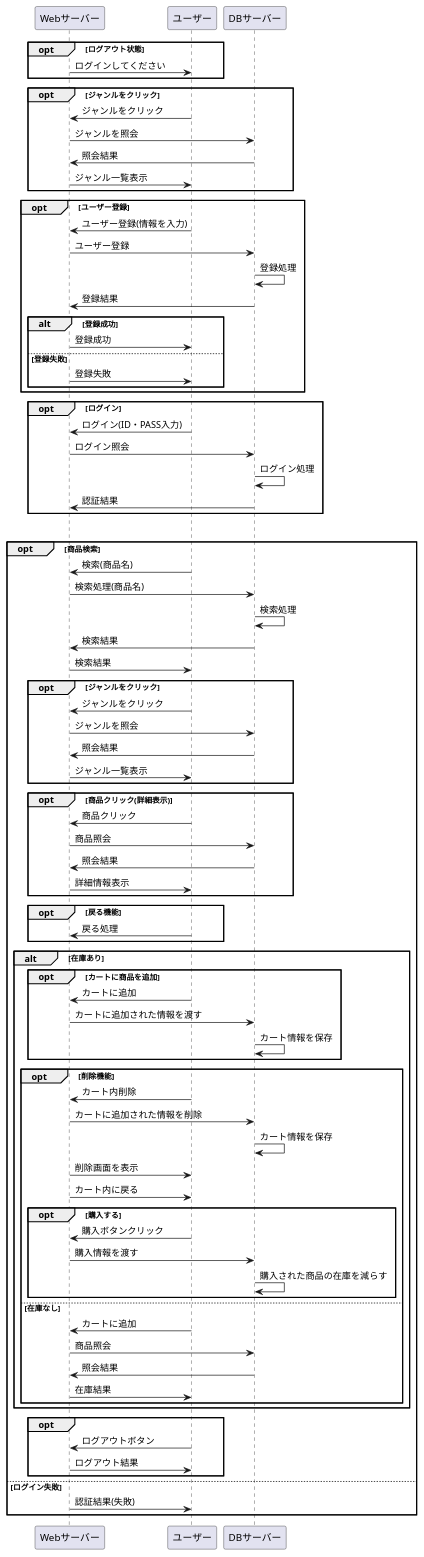
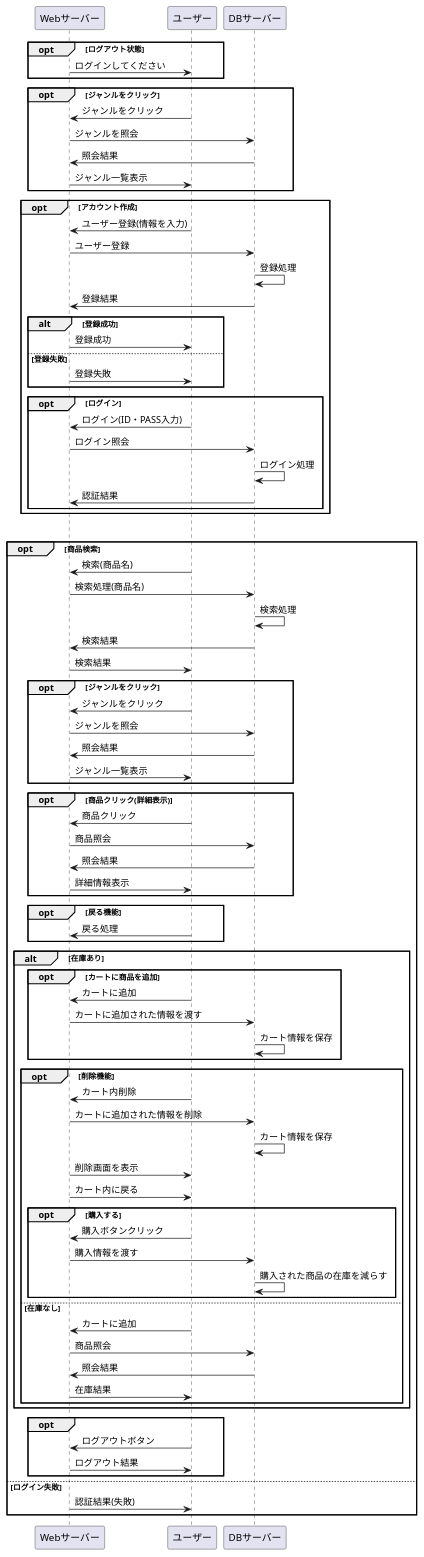
Before and after one commit to Aso2001184/2021sys-design: the diagram in あの消し.業務フロー.md, drawn with PlantUML.

```diff
--- a/あの消し.業務フロー.md
+++ b/あの消し.業務フロー.md
@@ -11,7 +11,7 @@
 Webサーバー -> ユーザー : ジャンル一覧表示
 end
 
-opt ユーザー登録
+opt アカウント作成
 ユーザー -> Webサーバー : ユーザー登録(情報を入力)
 Webサーバー -> DBサーバー : ユーザー登録
 DBサーバー -> DBサーバー : 登録処理
@@ -23,14 +23,13 @@
 else 登録失敗
 Webサーバー -> ユーザー : 登録失敗
 end
-end
-
 
 opt ログイン
 ユーザー -> Webサーバー : ログイン(ID・PASS入力)
 Webサーバー -> DBサーバー : ログイン照会
 DBサーバー -> DBサーバー : ログイン処理
 DBサーバー -> Webサーバー : 認証結果
+end
 end
 
 alt ログイン成功
```
